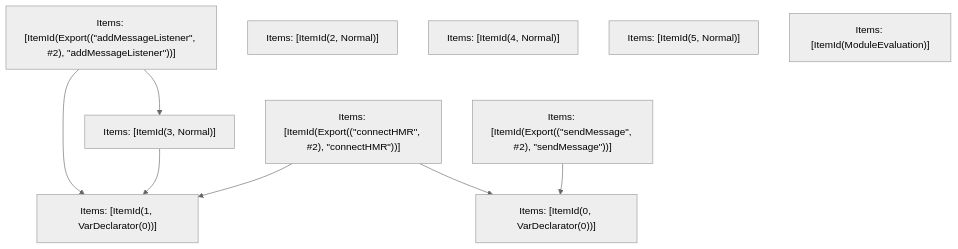
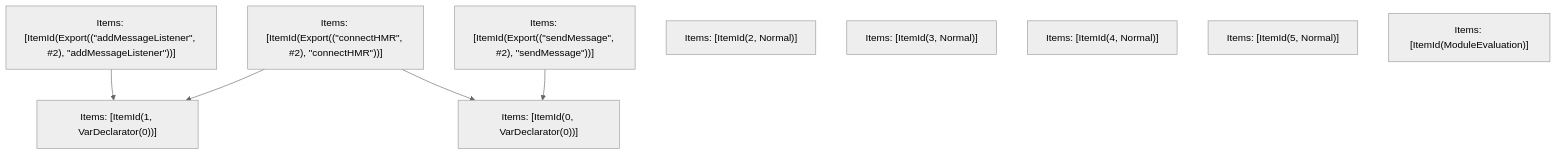
Before and after one commit to Sonar-UX-Testing-FreePlan/next.js: the fifth of 5 diagrams in turbopack/crates/turbopack-ecmascript/tests/tree-shaker/analyzer/failed-1/output.md, drawn with Mermaid (neutral theme). The commit also changed 30 other files, not shown here.

````diff
--- a/turbopack/crates/turbopack-ecmascript/tests/tree-shaker/analyzer/failed-1/output.md
+++ b/turbopack/crates/turbopack-ecmascript/tests/tree-shaker/analyzer/failed-1/output.md
@@ -218,19 +218,17 @@
 ```mermaid
 graph TD
     N0["Items: [ItemId(Export((&quot;addMessageListener&quot;, #2), &quot;addMessageListener&quot;))]"];
     N1["Items: [ItemId(Export((&quot;connectHMR&quot;, #2), &quot;connectHMR&quot;))]"];
     N2["Items: [ItemId(Export((&quot;sendMessage&quot;, #2), &quot;sendMessage&quot;))]"];
     N3["Items: [ItemId(0, VarDeclarator(0))]"];
     N4["Items: [ItemId(1, VarDeclarator(0))]"];
-    N5["Items: [ItemId(3, Normal)]"];
-    N6["Items: [ItemId(2, Normal)]"];
+    N5["Items: [ItemId(2, Normal)]"];
+    N6["Items: [ItemId(3, Normal)]"];
     N7["Items: [ItemId(4, Normal)]"];
     N8["Items: [ItemId(5, Normal)]"];
     N9["Items: [ItemId(ModuleEvaluation)]"];
-    N0 --> N5;
+    N2 --> N3;
+    N1 --> N4;
     N1 --> N3;
     N0 --> N4;
-    N5 --> N4;
-    N2 --> N3;
-    N1 --> N4;
 ```
````
